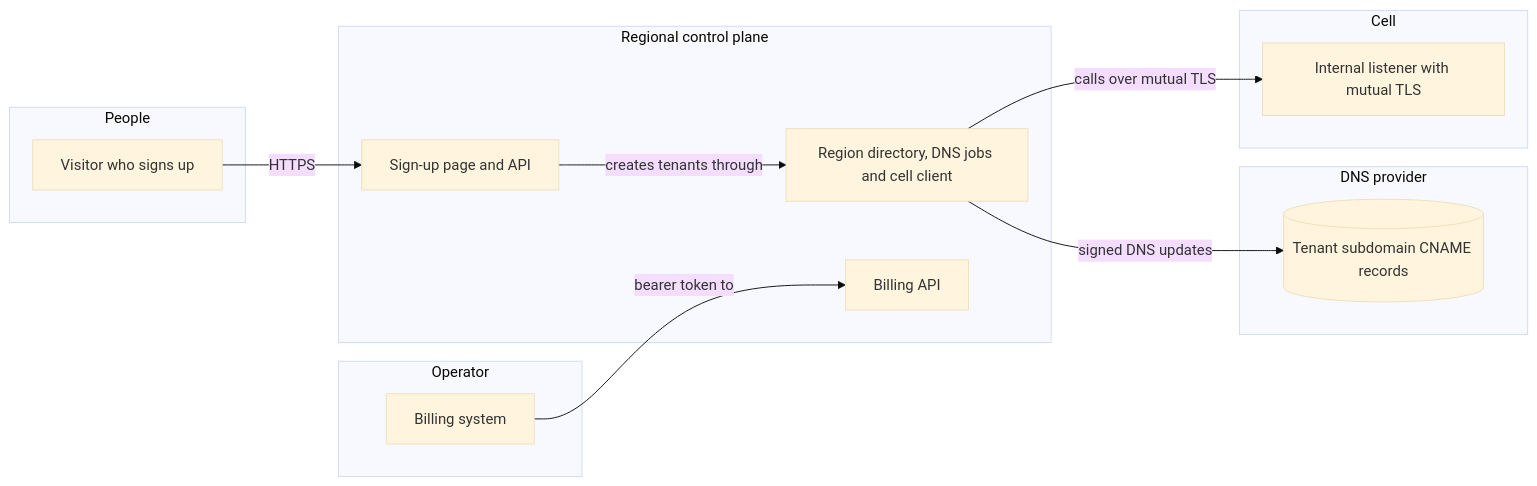
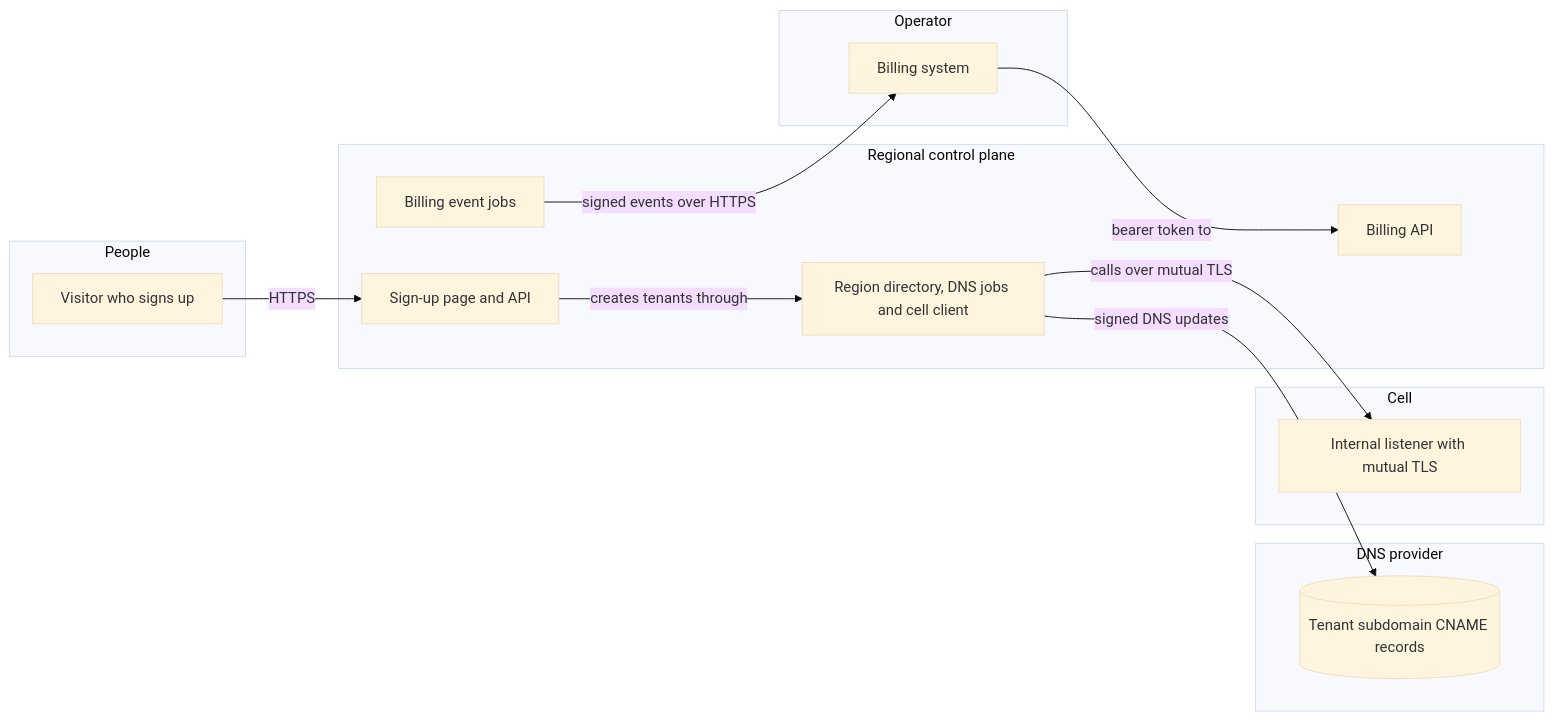
One commit to phuongnse/axis changed the first of 6 diagrams in docs/reference/threat-model-control-plane.md. Above: the diagram before and after it, drawn with Mermaid (base theme). The commit also changed other lines of this file and 8 other files, not shown here.

First line of the commit message:
The billing API and its signed events have a reference page (#4983) (#5108)

````diff
--- a/docs/reference/threat-model-control-plane.md
+++ b/docs/reference/threat-model-control-plane.md
@@ -15,25 +15,27 @@
 ```mermaid
 flowchart LR
     subgraph people [People]
         Visitor[Visitor who signs up]
     end
     subgraph control [Regional control plane]
         SignUp[Sign-up page and API]
         Directory[Region directory, DNS jobs and cell client]
         Billing[Billing API]
+        Events[Billing event jobs]
     end
     subgraph dns [DNS provider]
         Records[(Tenant subdomain CNAME records)]
     end
     subgraph cell [Cell]
         Internal[Internal listener with mutual TLS]
     end
     subgraph operator [Operator]
         BillingSystem[Billing system]
     end
     Visitor -->|HTTPS| SignUp
     SignUp -->|creates tenants through| Directory
     Directory -->|signed DNS updates| Records
     Directory -->|calls over mutual TLS| Internal
     BillingSystem -->|bearer token to| Billing
+    Events -->|signed events over HTTPS| BillingSystem
 ```
````
